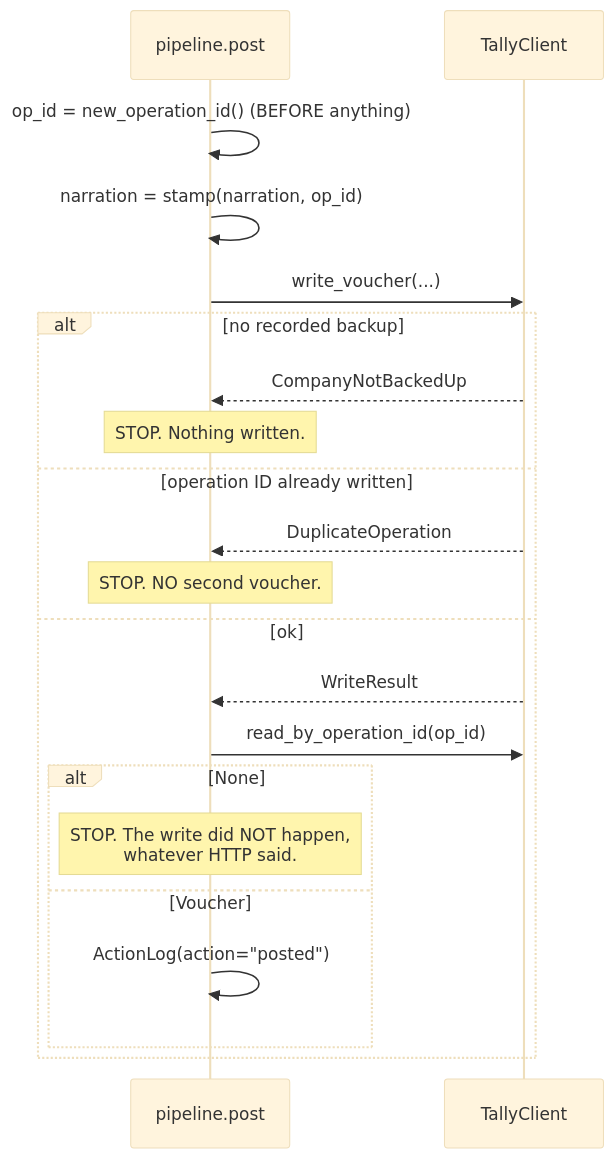
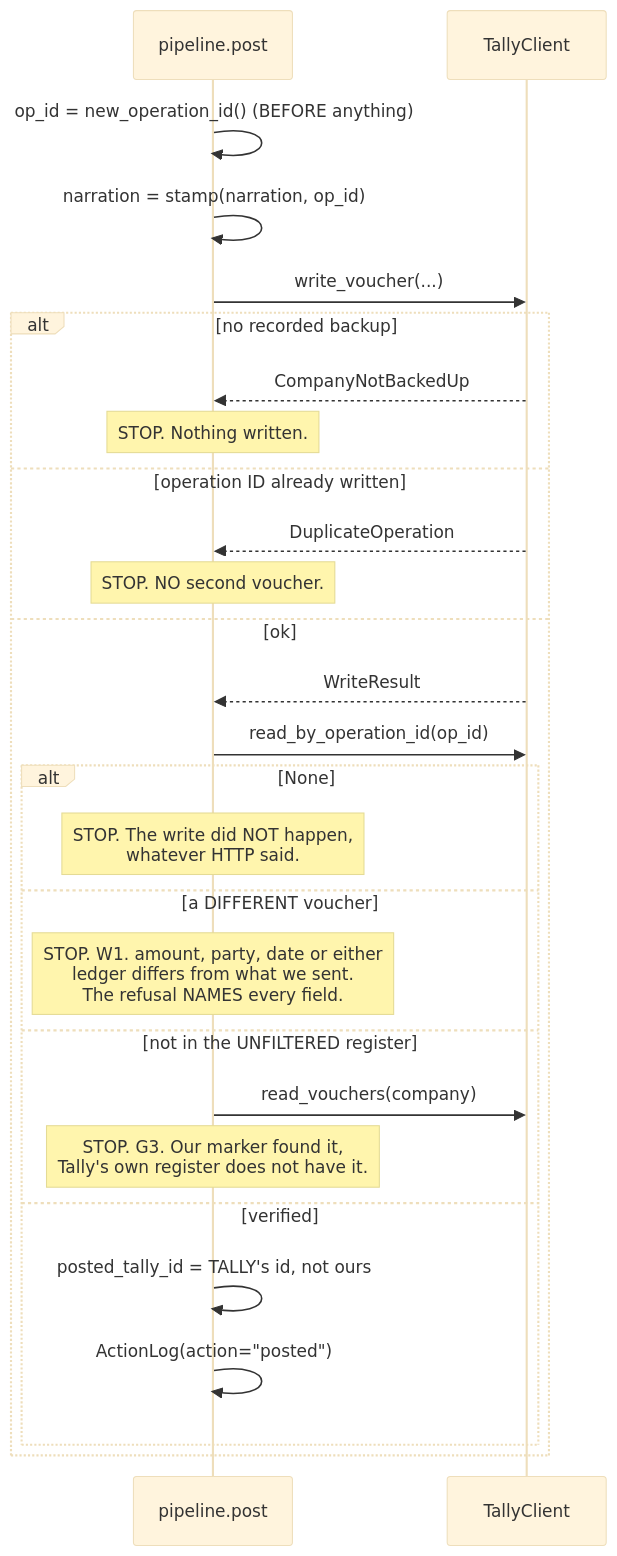
Before and after one commit to Intellora-ai/accountant-dad-core: the sixth of 9 diagrams in docs/ARCHITECTURE.md, drawn with Mermaid (base theme). The commit also changed other lines of this file and 27 other files, not shown here.

````diff
--- a/docs/ARCHITECTURE.md
+++ b/docs/ARCHITECTURE.md
@@ -615,23 +615,29 @@
 ```mermaid
 sequenceDiagram
     participant W as pipeline.post
     participant T as TallyClient
     W->>W: op_id = new_operation_id()  (BEFORE anything)
     W->>W: narration = stamp(narration, op_id)
     W->>T: write_voucher(...)
     alt no recorded backup
         T-->>W: CompanyNotBackedUp
         Note over W: STOP. Nothing written.
     else operation ID already written
         T-->>W: DuplicateOperation
         Note over W: STOP. NO second voucher.
     else ok
         T-->>W: WriteResult
         W->>T: read_by_operation_id(op_id)
         alt None
             Note over W: STOP. The write did NOT happen,<br/>whatever HTTP said.
-        else Voucher
+        else a DIFFERENT voucher
+            Note over W: STOP. W1. amount, party, date or either<br/>ledger differs from what we sent.<br/>The refusal NAMES every field.
+        else not in the UNFILTERED register
+            W->>T: read_vouchers(company)
+            Note over W: STOP. G3. Our marker found it,<br/>Tally's own register does not have it.
+        else verified
+            W->>W: posted_tally_id = TALLY's id, not ours
             W->>W: ActionLog(action="posted")
         end
     end
 ```
````
